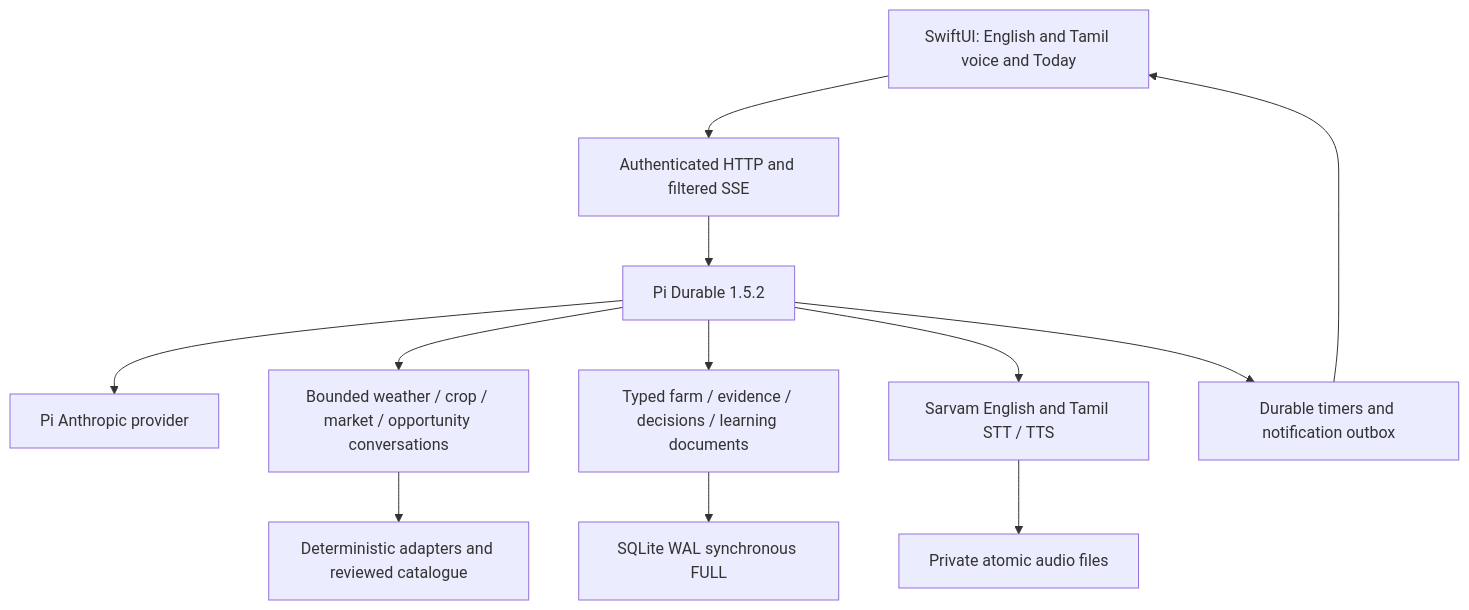
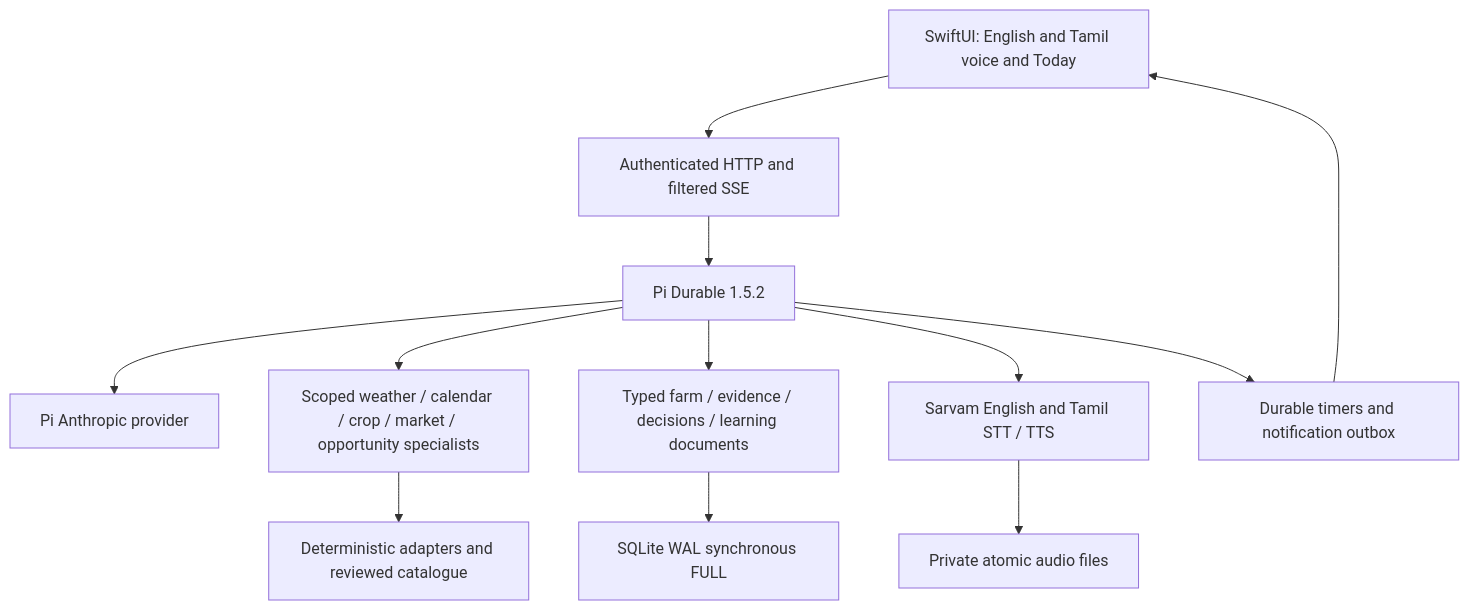
One commit to roniejosephv-star/kalani changed the diagram in README.md. Above: the diagram before and after it, drawn with Mermaid. The commit also changed other lines of this file and 57 other files, not shown here.

````diff
--- a/README.md
+++ b/README.md
@@ -44,14 +55,14 @@
 ```mermaid
 flowchart TD
   App[SwiftUI: English and Tamil voice and Today] --> API[Authenticated HTTP and filtered SSE]
   API --> Pi[Pi Durable 1.5.2]
   Pi --> Claude[Pi Anthropic provider]
-  Pi --> Specialists[Bounded weather / crop / market / opportunity conversations]
+  Pi --> Specialists[Scoped weather / calendar / crop / market / opportunity specialists]
   Specialists --> Sources[Deterministic adapters and reviewed catalogue]
   Pi --> State[Typed farm / evidence / decisions / learning documents]
   State --> SQLite[SQLite WAL synchronous FULL]
   Pi --> Speech[Sarvam English and Tamil STT / TTS]
   Speech --> Audio[Private atomic audio files]
   Pi --> Delivery[Durable timers and notification outbox]
   Delivery --> App
 ```
````
